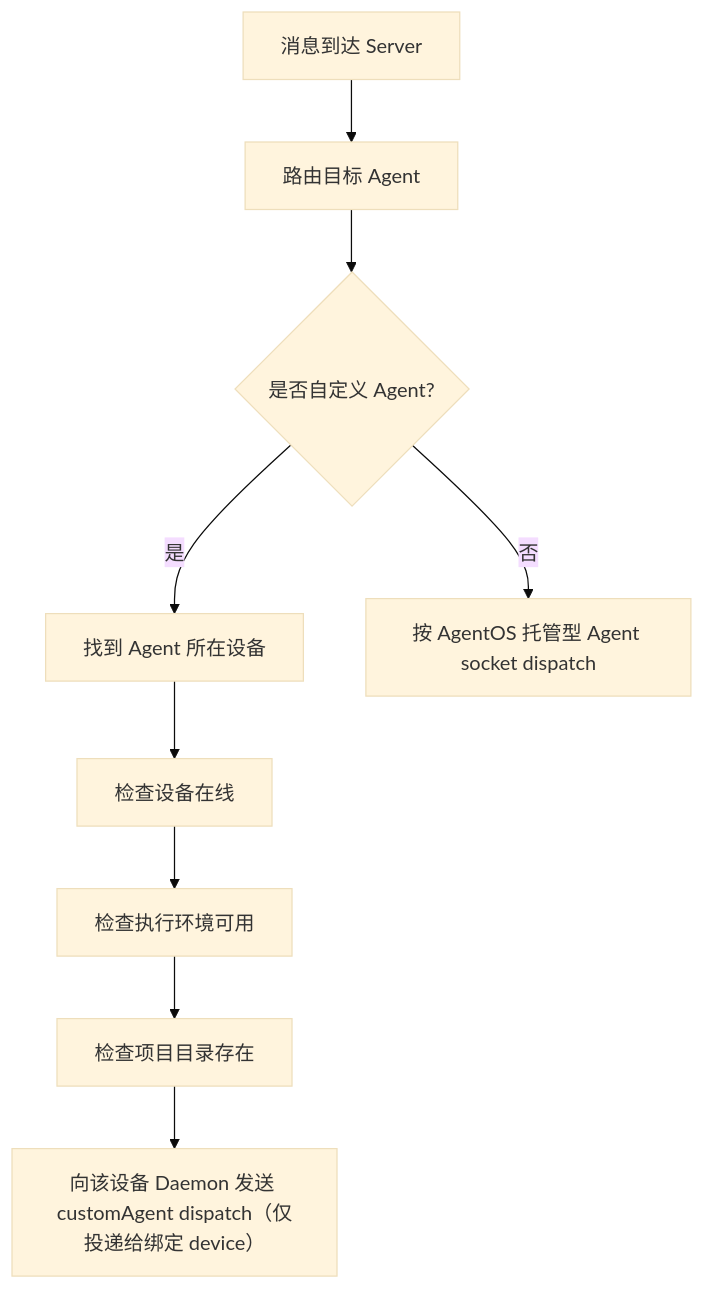
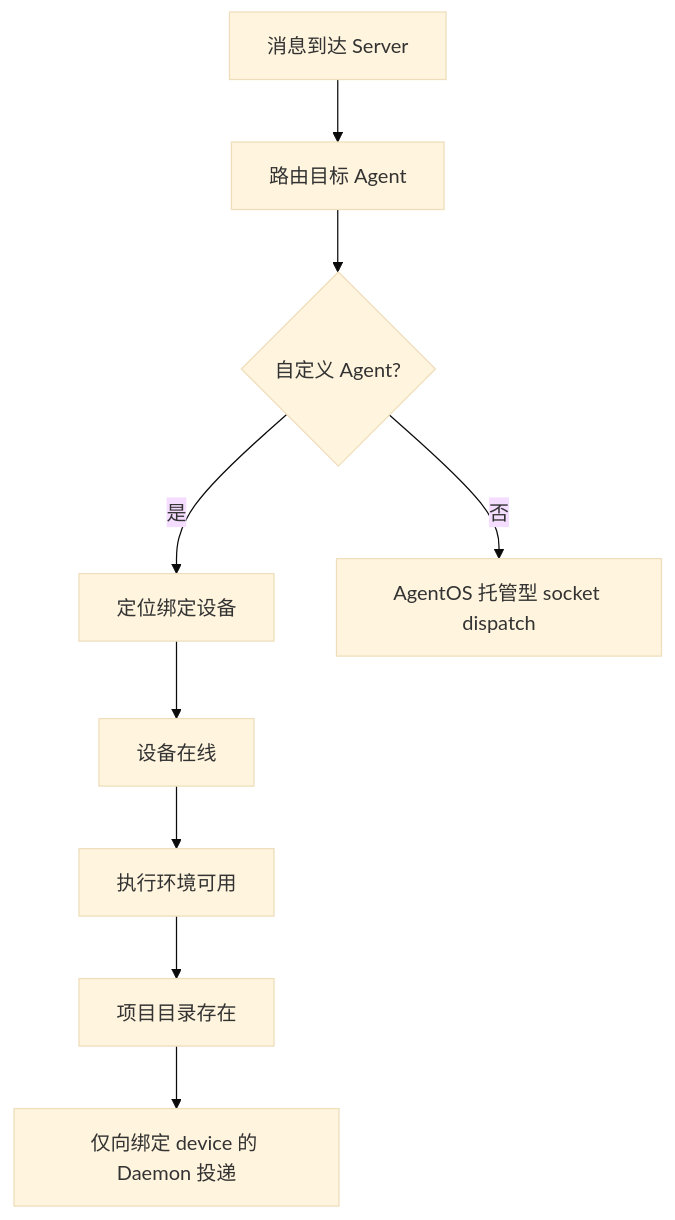
Before and after one commit to xiaojichao/agentbean: the fourth of 5 diagrams in README.md, drawn with Mermaid (base theme). The commit also changed other lines of this file and 1 other file, not shown here.

First line of the commit message:
docs: 同步 README 与 CI_CD 至 AgentBean Next 现状

````diff
--- a/README.md
+++ b/README.md
@@ -194,11 +246,11 @@
 ```mermaid
 flowchart TD
   M["消息到达 Server"] --> R["路由目标 Agent"]
-  R --> C{"是否自定义 Agent?"}
-  C -- 是 --> D["找到 Agent 所在设备"]
-  D --> E["检查设备在线"]
-  E --> F["检查执行环境可用"]
-  F --> G["检查项目目录存在"]
-  G --> H["向该设备 Daemon 发送 customAgent dispatch（仅投递给绑定 device）"]
-  C -- 否 --> I["按 AgentOS 托管型 Agent socket dispatch"]
+  R --> C{"自定义 Agent?"}
+  C -- 是 --> D["定位绑定设备"]
+  D --> E["设备在线"]
+  E --> F["执行环境可用"]
+  F --> G["项目目录存在"]
+  G --> H["仅向绑定 device 的 Daemon 投递"]
+  C -- 否 --> I["AgentOS 托管型 socket dispatch"]
 ```
````
